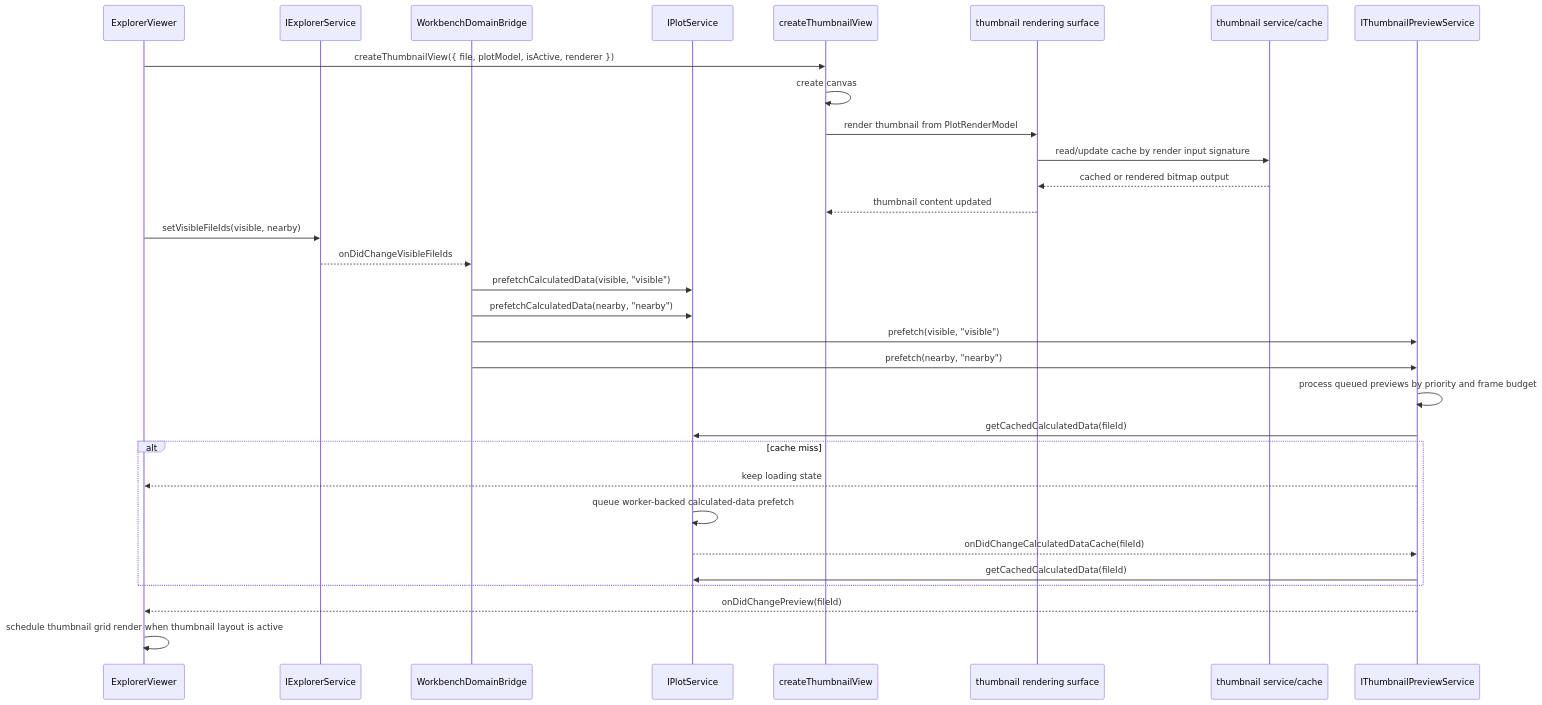
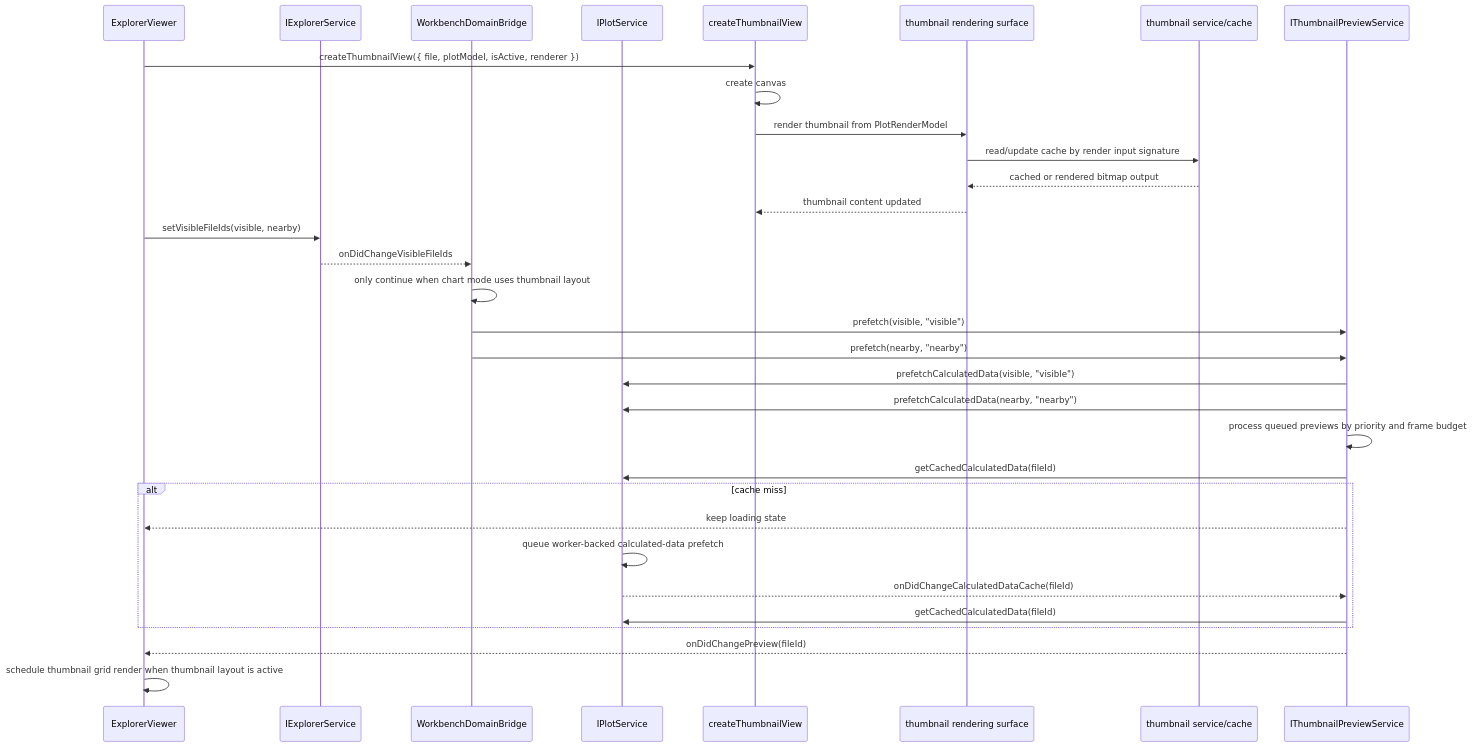
Before and after one commit to chogng/conductor: the fifth of 6 diagrams in .github/instructions/thumbnail.instructions.md, drawn with Mermaid. The commit also changed other lines of this file and 4 other files, not shown here.

Commit message:
fix: narrow plot thumbnail prefetch and worker payload

````diff
--- a/.github/instructions/thumbnail.instructions.md
+++ b/.github/instructions/thumbnail.instructions.md
@@ -173,34 +173,35 @@
 ```mermaid
 sequenceDiagram
     participant ExplorerViewer
     participant ExplorerService as IExplorerService
     participant DomainBridge as WorkbenchDomainBridge
     participant Plot as IPlotService
     participant ThumbnailView as createThumbnailView
     participant ThumbnailRenderer as thumbnail rendering surface
     participant ThumbnailService as thumbnail service/cache
     participant ThumbnailPreviewService as IThumbnailPreviewService
 
     ExplorerViewer->>ThumbnailView: createThumbnailView({ file, plotModel, isActive, renderer })
     ThumbnailView->>ThumbnailView: create canvas
     ThumbnailView->>ThumbnailRenderer: render thumbnail from PlotRenderModel
     ThumbnailRenderer->>ThumbnailService: read/update cache by render input signature
     ThumbnailService-->>ThumbnailRenderer: cached or rendered bitmap output
     ThumbnailRenderer-->>ThumbnailView: thumbnail content updated
     ExplorerViewer->>ExplorerService: setVisibleFileIds(visible, nearby)
     ExplorerService-->>DomainBridge: onDidChangeVisibleFileIds
-    DomainBridge->>Plot: prefetchCalculatedData(visible, "visible")
-    DomainBridge->>Plot: prefetchCalculatedData(nearby, "nearby")
+    DomainBridge->>DomainBridge: only continue when chart mode uses thumbnail layout
     DomainBridge->>ThumbnailPreviewService: prefetch(visible, "visible")
     DomainBridge->>ThumbnailPreviewService: prefetch(nearby, "nearby")
+    ThumbnailPreviewService->>Plot: prefetchCalculatedData(visible, "visible")
+    ThumbnailPreviewService->>Plot: prefetchCalculatedData(nearby, "nearby")
     ThumbnailPreviewService->>ThumbnailPreviewService: process queued previews by priority and frame budget
     ThumbnailPreviewService->>Plot: getCachedCalculatedData(fileId)
     alt cache miss
         ThumbnailPreviewService-->>ExplorerViewer: keep loading state
         Plot->>Plot: queue worker-backed calculated-data prefetch
         Plot-->>ThumbnailPreviewService: onDidChangeCalculatedDataCache(fileId)
         ThumbnailPreviewService->>Plot: getCachedCalculatedData(fileId)
     end
     ThumbnailPreviewService-->>ExplorerViewer: onDidChangePreview(fileId)
     ExplorerViewer->>ExplorerViewer: schedule thumbnail grid render when thumbnail layout is active
 ```
````
